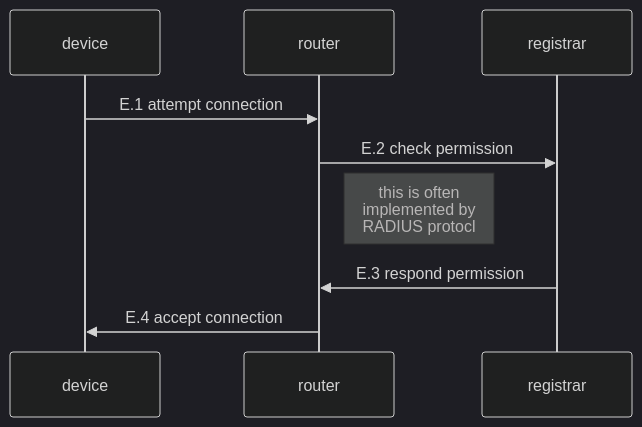
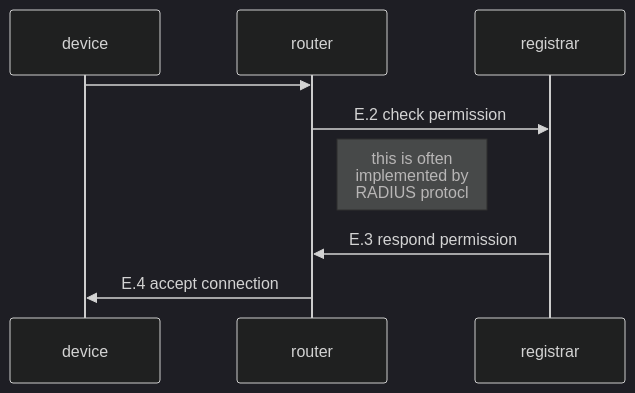
The fifth of 6 diagrams in packages/docusaurus/docs/build5-docs/20-prot-overview.md (nqminds/trustnetz), drawn with Mermaid (dark theme) before and after one commit. The commit also changed other lines of this file and 2 other files, not shown here.

````diff
--- a/packages/docusaurus/docs/build5-docs/20-prot-overview.md
+++ b/packages/docusaurus/docs/build5-docs/20-prot-overview.md
@@ -321,17 +326,18 @@
 ```mermaid
     
 sequenceDiagram
     participant device
     participant router
     participant registrar
  
     
-    device->>router: E.1 attempt connection
+    device->>router: 
+    
     router->>registrar: E.2 check permission
     note right of router: this is often <br>implemented by <br>RADIUS protocl 
     registrar->>router: E.3 respond permission
     router->>device: E.4 accept connection 
     
    
 
 ```
````
